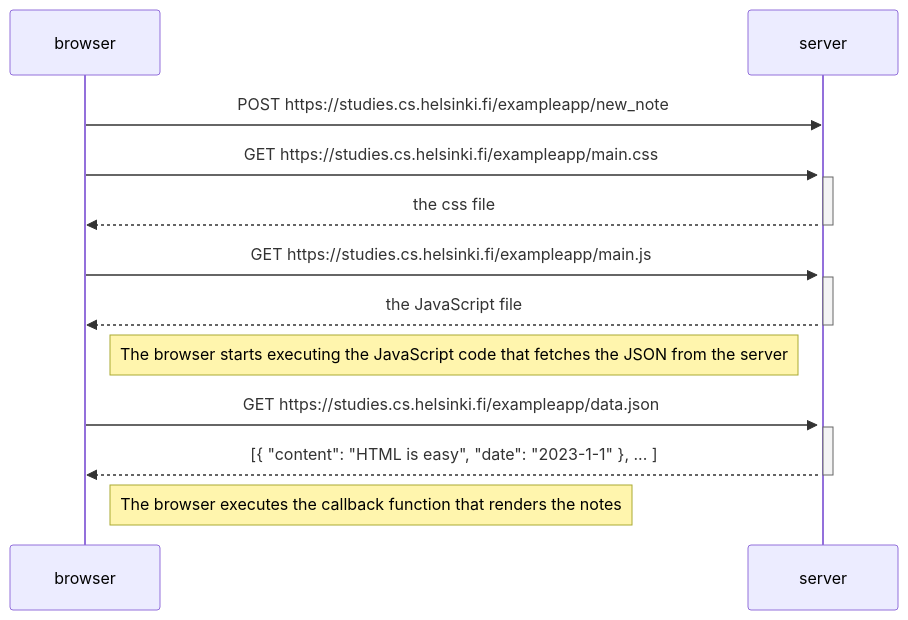
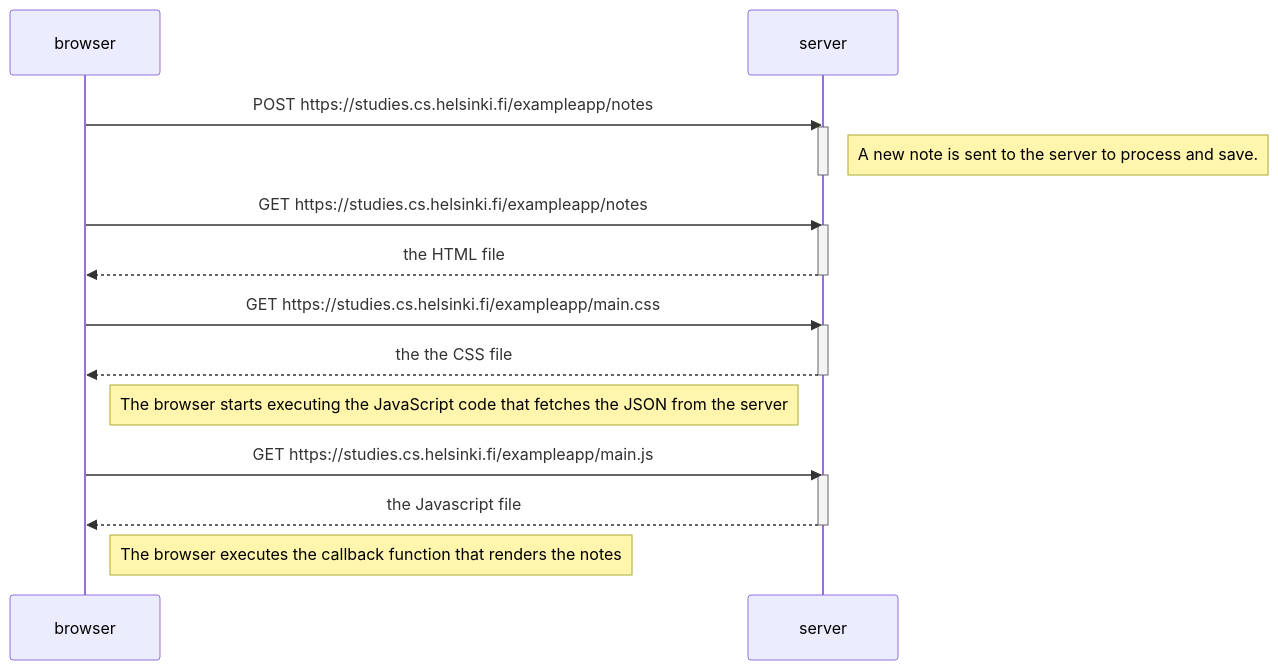
Before and after one commit to dunghoilyd01/fullstackopen: the diagram in part0/part0-4.md, drawn with Mermaid.

````diff
--- a/part0/part0-4.md
+++ b/part0/part0-4.md
@@ -1,28 +1,29 @@
 ```mermaid
 sequenceDiagram
     participant browser
     participant server
 
-    browser->>server: POST https://studies.cs.helsinki.fi/exampleapp/new_note
+    browser->>server: POST https://studies.cs.helsinki.fi/exampleapp/notes
     activate server
-    
+    Note right of server: A new note is sent to the server to process and save.
+    deactivate server
+
+    browser->>server: GET https://studies.cs.helsinki.fi/exampleapp/notes
+    activate server
+    server-->>browser: the HTML file
+    deactivate server
 
     browser->>server: GET https://studies.cs.helsinki.fi/exampleapp/main.css
     activate server
-    server-->>browser: the css file
-    deactivate server
-
-    browser->>server: GET https://studies.cs.helsinki.fi/exampleapp/main.js
-    activate server
-    server-->>browser: the JavaScript file
+    server-->>browser: the the CSS file
     deactivate server
 
     Note right of browser: The browser starts executing the JavaScript code that fetches the JSON from the server
 
-    browser->>server: GET https://studies.cs.helsinki.fi/exampleapp/data.json
+    browser->>server: GET https://studies.cs.helsinki.fi/exampleapp/main.js
     activate server
-    server-->>browser: [{ "content": "HTML is easy", "date": "2023-1-1" }, ... ]
+    server-->>browser: the Javascript file
     deactivate server
 
     Note right of browser: The browser executes the callback function that renders the notes
 ```
````
